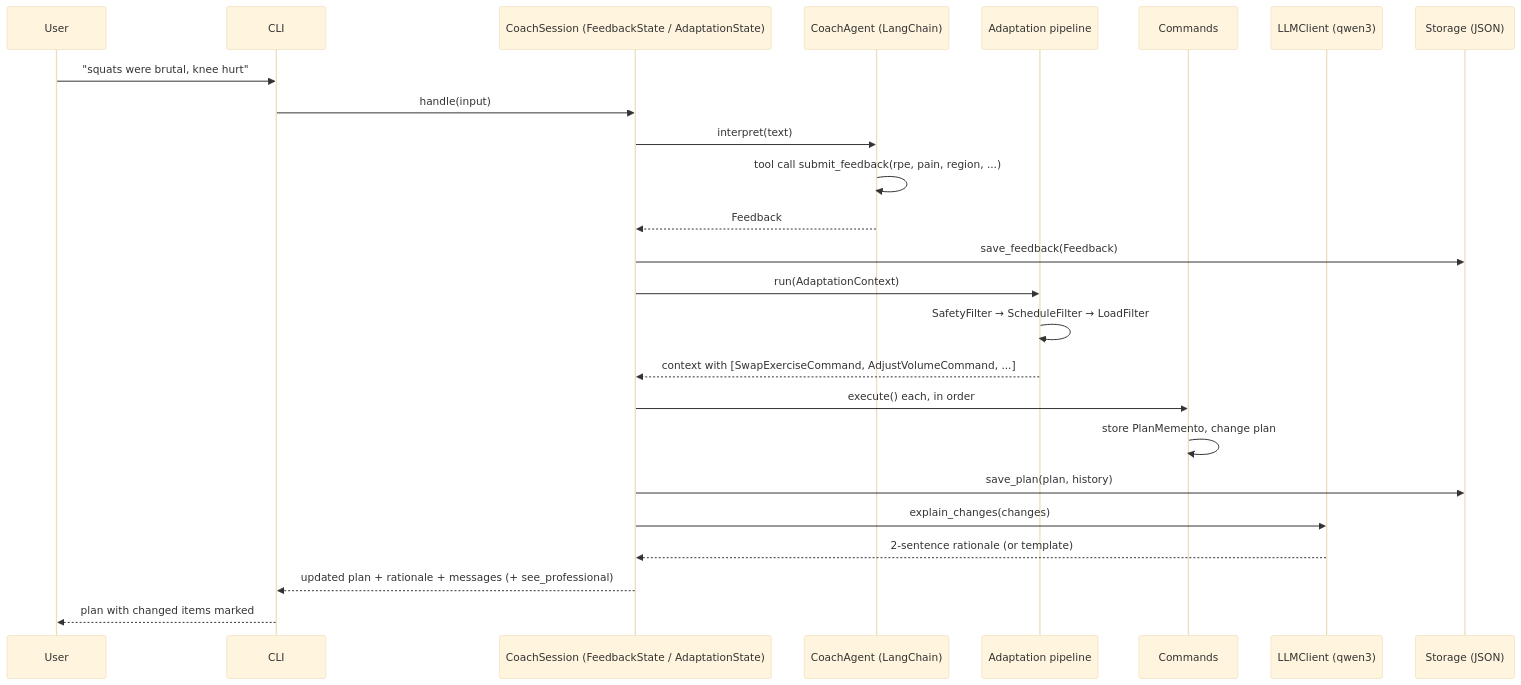
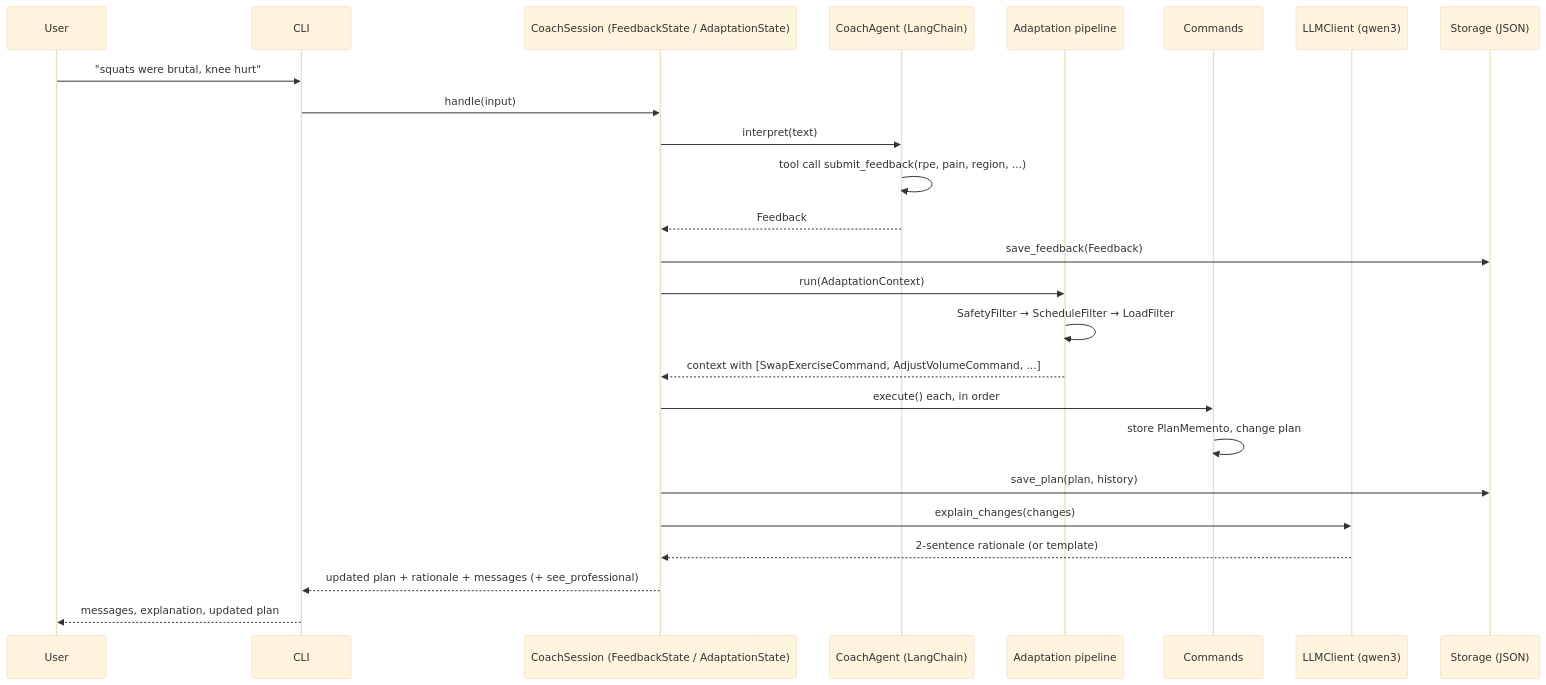
One commit to aslikaraman/adaptive-fitness-agent changed the first of 2 diagrams in FUNCTIONAL_FLOW.md. Above: the diagram before and after it, drawn with Mermaid (base theme). The commit also changed other lines of this file and 5 other files, not shown here.

````diff
--- a/FUNCTIONAL_FLOW.md
+++ b/FUNCTIONAL_FLOW.md
@@ -393,28 +395,28 @@
 ```mermaid
 sequenceDiagram
     participant U as User
     participant CLI as CLI
     participant S as CoachSession (FeedbackState / AdaptationState)
     participant A as CoachAgent (LangChain)
     participant P as Adaptation pipeline
     participant C as Commands
     participant L as LLMClient (qwen3)
     participant ST as Storage (JSON)
 
     U->>CLI: "squats were brutal, knee hurt"
     CLI->>S: handle(input)
     S->>A: interpret(text)
     A->>A: tool call submit_feedback(rpe, pain, region, ...)
     A-->>S: Feedback
     S->>ST: save_feedback(Feedback)
     S->>P: run(AdaptationContext)
     P->>P: SafetyFilter → ScheduleFilter → LoadFilter
     P-->>S: context with [SwapExerciseCommand, AdjustVolumeCommand, ...]
     S->>C: execute() each, in order
     C->>C: store PlanMemento, change plan
     S->>ST: save_plan(plan, history)
     S->>L: explain_changes(changes)
     L-->>S: 2-sentence rationale (or template)
     S-->>CLI: updated plan + rationale + messages (+ see_professional)
-    CLI-->>U: plan with changed items marked
+    CLI-->>U: messages, explanation, updated plan
 ```
````
